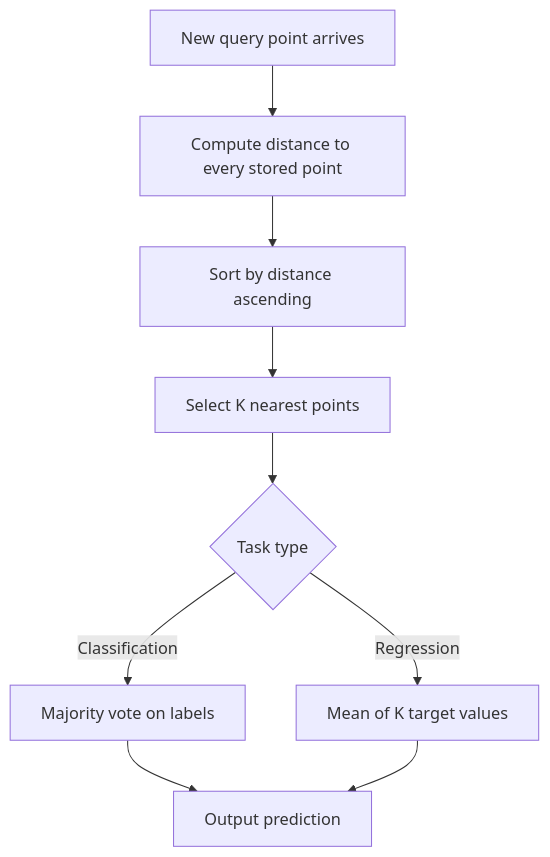
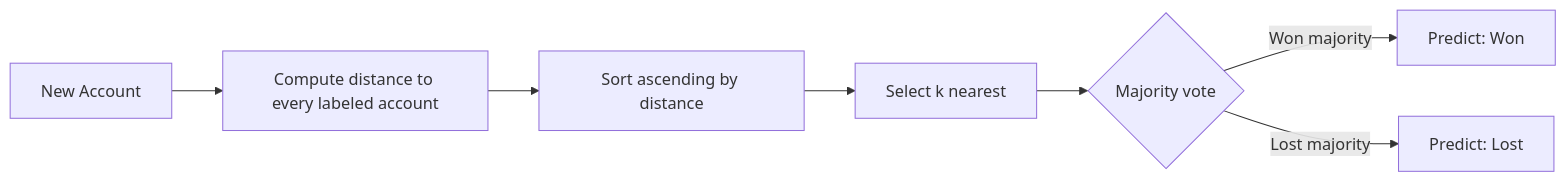
The diagram in stages/02-lesson-injection/output/hybrid-lessons/02-ml-fundamentals/06-knn-and-distances/docs/en.md (BlueSkyGTM/full-stack-gtm), drawn with Mermaid before and after one commit. The commit also changed other lines of this file and 504 other files, not shown here.

````diff
--- a/stages/02-lesson-injection/output/hybrid-lessons/02-ml-fundamentals/06-knn-and-distances/docs/en.md
+++ b/stages/02-lesson-injection/output/hybrid-lessons/02-ml-fundamentals/06-knn-and-distances/docs/en.md
@@ -25,11 +41,9 @@
 ```mermaid
-flowchart TD
-    A[New query point arrives] --> B[Compute distance to every stored point]
-    B --> C[Sort by distance ascending]
-    C --> D[Select K nearest points]
-    D --> E{Task type}
-    E -->|Classification| F[Majority vote on labels]
-    E -->|Regression| G[Mean of K target values]
-    F --> H[Output prediction]
-    G --> H
+flowchart LR
+    A[New Account] --> B[Compute distance to every labeled account]
+    B --> C[Sort ascending by distance]
+    C --> D[Select k nearest]
+    D --> E{Majority vote}
+    E -->|Won majority| F[Predict: Won]
+    E -->|Lost majority| G[Predict: Lost]
 ```
````
